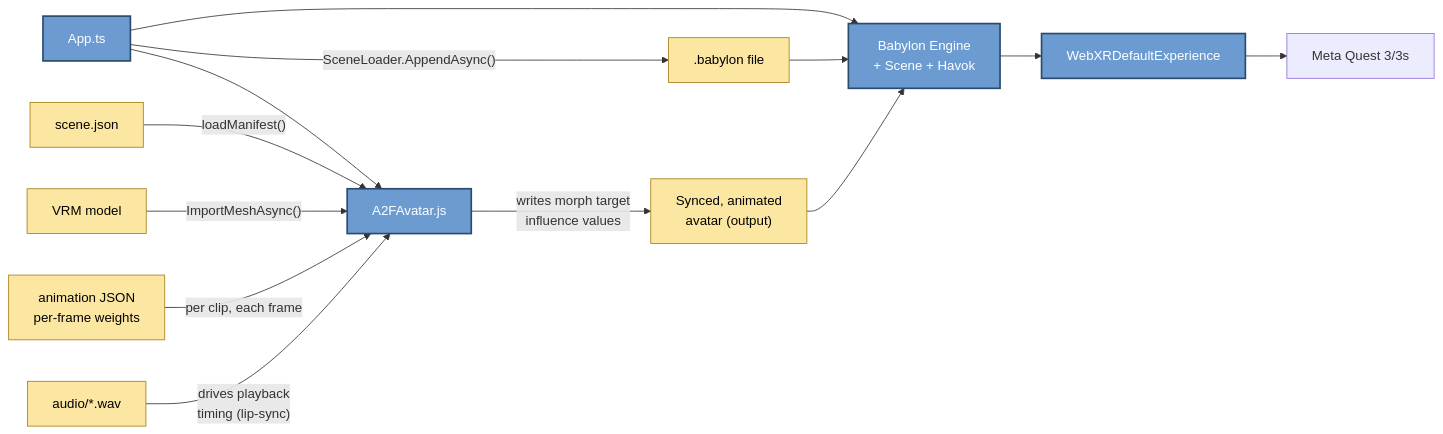
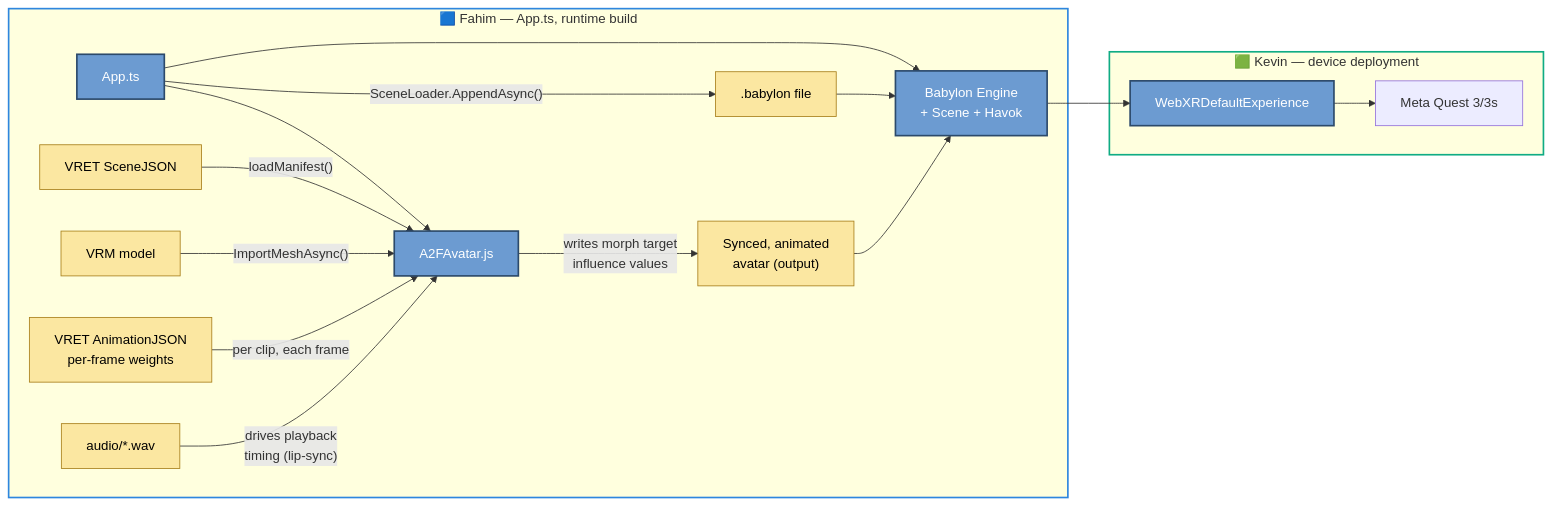
Before and after one commit to SBU-VRET/VRET-Project: the seventh of 8 diagrams in docs/TECH_PIPELINE.md, drawn with Mermaid. The commit also changed other lines of this file and 2 other files, not shown here.

Commit message:
Add ownership coloring to tech pipeline diagrams, ignore temp/, add Audio2Face vs LAM Audio2Expression doc

````diff
--- a/docs/TECH_PIPELINE.md
+++ b/docs/TECH_PIPELINE.md
@@ -128,20 +200,26 @@
 ```mermaid
 flowchart LR
+    subgraph F6["🟦 Fahim — App.ts, runtime build"]
     AppTS["App.ts"] -->|"SceneLoader.AppendAsync()"| BabylonScene[".babylon file"]
     AppTS --> Engine["Babylon Engine<br/>+ Scene + Havok"]
     BabylonScene --> Engine
     AppTS --> A2FAvatar["A2FAvatar.js"]
-    SceneJSON["scene.json"] -->|"loadManifest()"| A2FAvatar
+    SceneJSON["VRET SceneJSON"] -->|"loadManifest()"| A2FAvatar
     VRM["VRM model"] -->|"ImportMeshAsync()"| A2FAvatar
-    RuntimeJSON["animation JSON<br/>per-frame weights"] -->|"per clip, each frame"| A2FAvatar
+    RuntimeJSON["VRET AnimationJSON<br/>per-frame weights"] -->|"per clip, each frame"| A2FAvatar
     WAV["audio/*.wav"] -->|"drives playback<br/>timing (lip-sync)"| A2FAvatar
     A2FAvatar -->|"writes morph target<br/>influence values"| LiveAvatar["Synced, animated<br/>avatar (output)"]
     LiveAvatar --> Engine
+    end
+    subgraph K6["🟩 Kevin — device deployment"]
     Engine --> WebXR["WebXRDefaultExperience"]
     WebXR --> Quest["Meta Quest 3/3s"]
+    end
 
+    style F6 stroke:#2E86DE,stroke-width:2px
+    style K6 stroke:#10AC84,stroke-width:2px
     classDef tool fill:#6c9bd1,stroke:#2c4a6b,stroke-width:2px,color:#fff;
     classDef artifact fill:#fbe7a1,stroke:#a87f1a,stroke-width:1px,color:#000;
     class AppTS,Engine,A2FAvatar,WebXR tool
     class BabylonScene,SceneJSON,VRM,RuntimeJSON,WAV,LiveAvatar artifact
 ```
````
